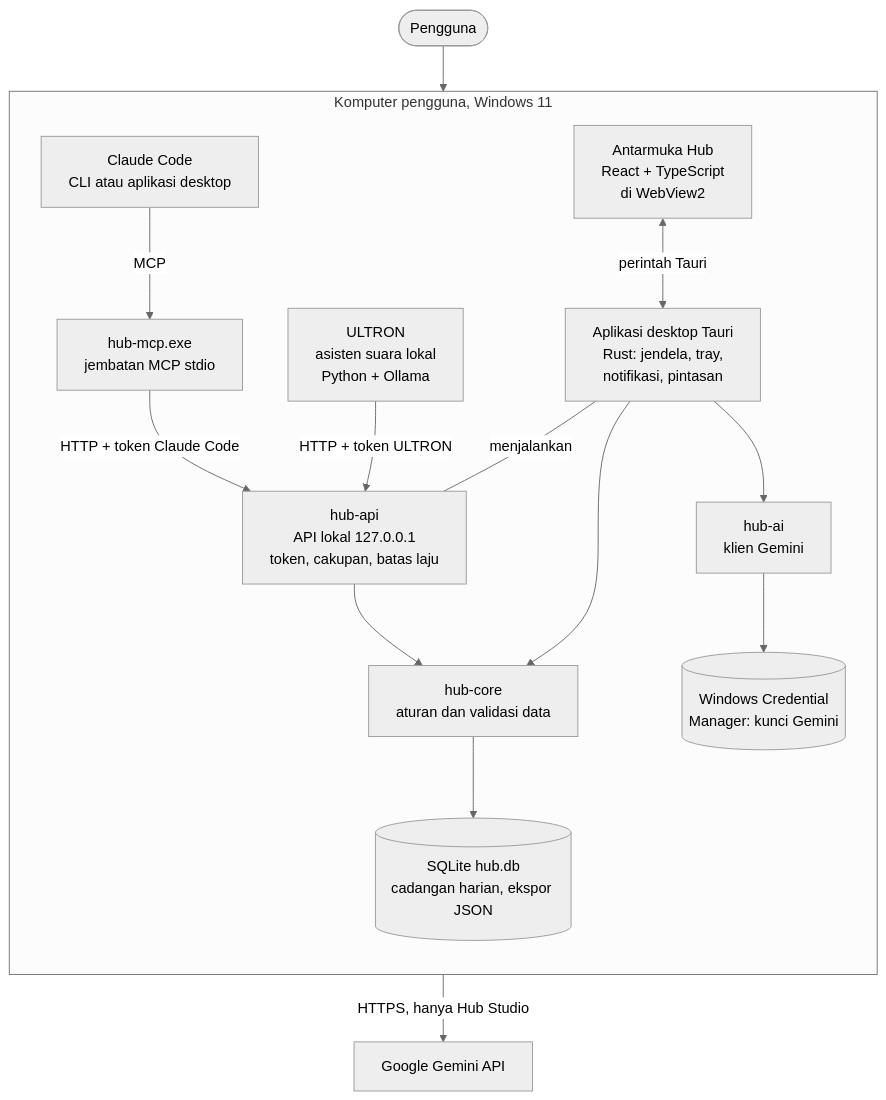
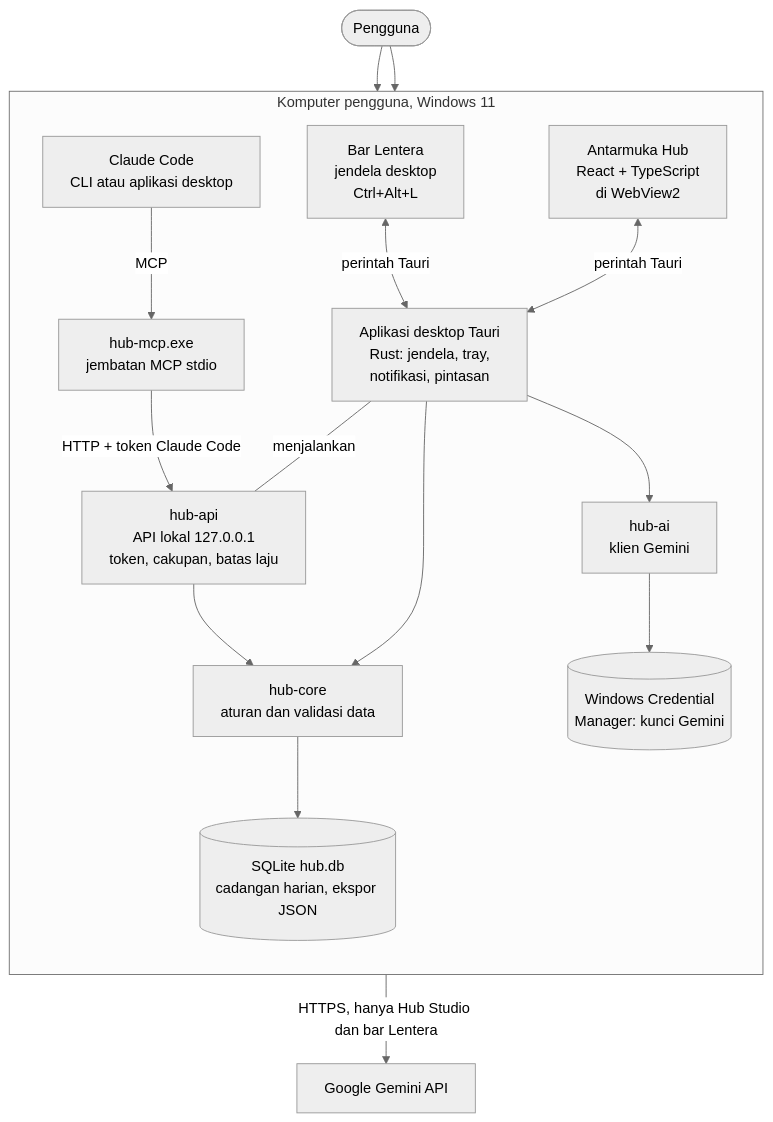
Before and after one commit to wh1techapel/hub: the diagram in docs/finalisasi/diagram/01-arsitektur.mmd, drawn with Mermaid (neutral theme). The commit also changed 116 other files, not shown here.

First line of the commit message:
Hub 1.0.3: Lentera on the desktop

```diff
--- a/docs/finalisasi/diagram/01-arsitektur.mmd
+++ b/docs/finalisasi/diagram/01-arsitektur.mmd
@@ -1,26 +1,27 @@
 flowchart TB
   user([Pengguna])
   subgraph pc[Komputer pengguna, Windows 11]
     direction TB
     ui[Antarmuka Hub<br/>React + TypeScript<br/>di WebView2]
     shell[Aplikasi desktop Tauri<br/>Rust: jendela, tray,<br/>notifikasi, pintasan]
     core[hub-core<br/>aturan dan validasi data]
     db[(SQLite hub.db<br/>cadangan harian, ekspor JSON)]
     api[hub-api<br/>API lokal 127.0.0.1<br/>token, cakupan, batas laju]
     ai[hub-ai<br/>klien Gemini]
     cred[(Windows Credential<br/>Manager: kunci Gemini)]
     mcp[hub-mcp.exe<br/>jembatan MCP stdio]
-    ultron[ULTRON<br/>asisten suara lokal<br/>Python + Ollama]
+    lentera[Bar Lentera<br/>jendela desktop<br/>Ctrl+Alt+L]
     claude[Claude Code<br/>CLI atau aplikasi desktop]
   end
   gemini[Google Gemini API]
   user --> ui
   ui <-->|perintah Tauri| shell
   shell --> core --> db
   shell ---|menjalankan| api
   api --> core
-  ultron -->|HTTP + token ULTRON| api
+  user --> lentera
+  lentera <-->|perintah Tauri| shell
   claude -->|MCP| mcp -->|HTTP + token Claude Code| api
   shell --> ai
   ai --> cred
-  ai -->|HTTPS, hanya Hub Studio| gemini
+  ai -->|HTTPS, hanya Hub Studio dan bar Lentera| gemini
```
